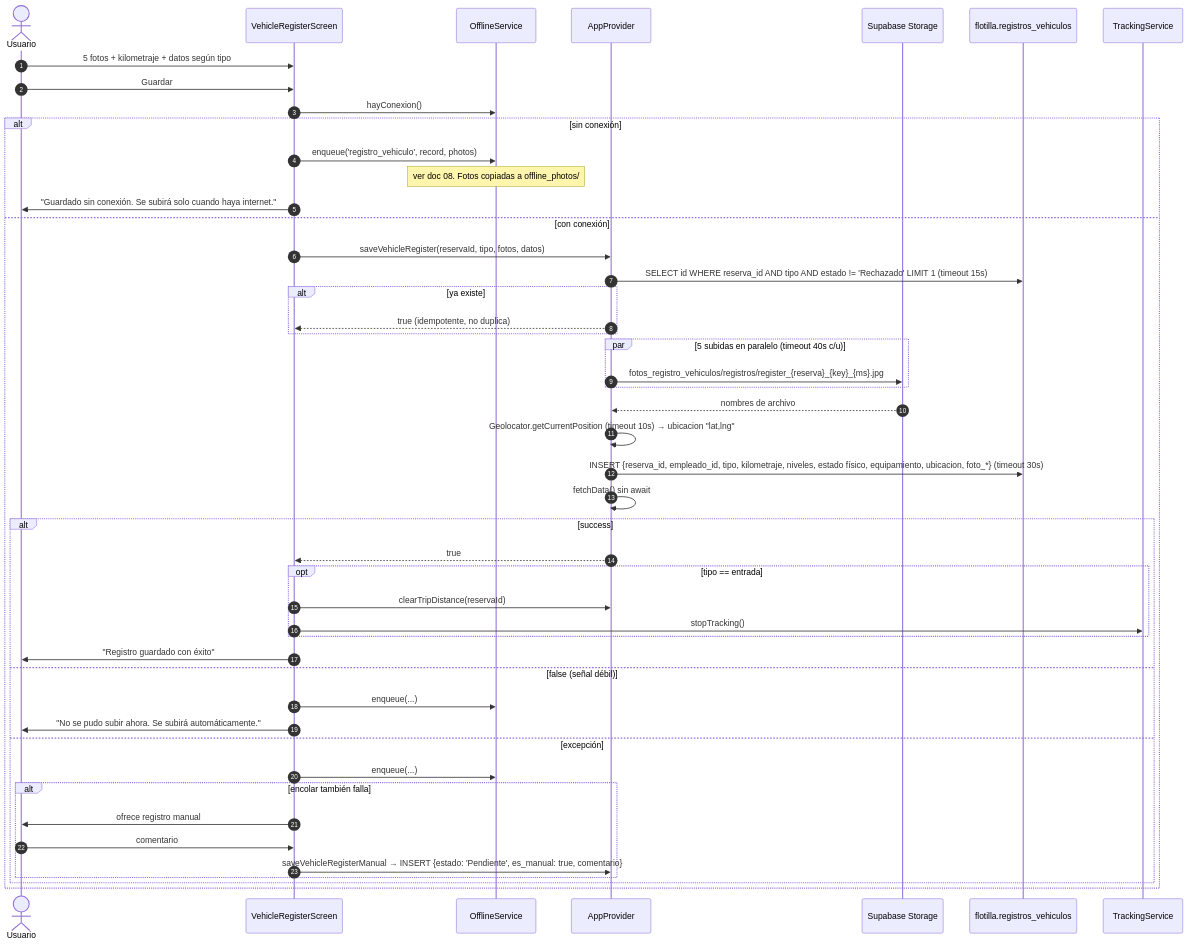
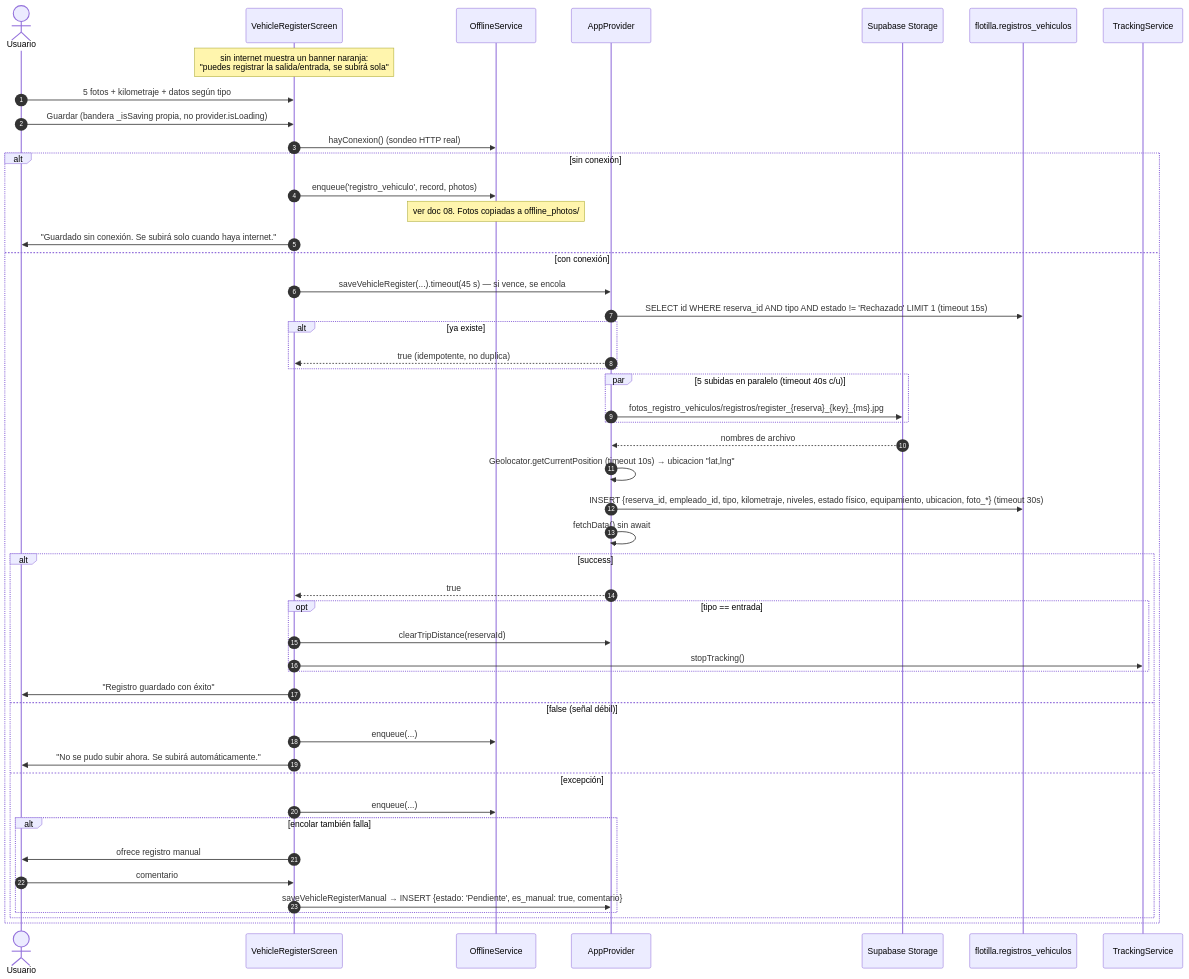
The sixth of 8 diagrams in docs/03-flotilla.md (emmanueljarquin-sys/mecsa_ops_mobile), drawn with Mermaid before and after one commit. The commit also changed other lines of this file and 23 other files, not shown here.

````diff
--- a/docs/03-flotilla.md
+++ b/docs/03-flotilla.md
@@ -154,51 +156,52 @@
 ```mermaid
 sequenceDiagram
     autonumber
     actor U as Usuario
     participant UI as VehicleRegisterScreen
     participant Offline as OfflineService
     participant Provider as AppProvider
     participant Storage as Supabase Storage
     participant DB as flotilla.registros_vehiculos
     participant Track as TrackingService
 
+    Note over UI: sin internet muestra un banner naranja:<br/>"puedes registrar la salida/entrada, se subirá sola"
     U->>UI: 5 fotos + kilometraje + datos según tipo
-    U->>UI: Guardar
-    UI->>Offline: hayConexion()
+    U->>UI: Guardar (bandera _isSaving propia, no provider.isLoading)
+    UI->>Offline: hayConexion() (sondeo HTTP real)
     alt sin conexión
         UI->>Offline: enqueue('registro_vehiculo', record, photos)
         Note over Offline: ver doc 08. Fotos copiadas a offline_photos/
         UI->>U: "Guardado sin conexión. Se subirá solo cuando haya internet."
     else con conexión
-        UI->>Provider: saveVehicleRegister(reservaId, tipo, fotos, datos)
+        UI->>Provider: saveVehicleRegister(...).timeout(45 s) — si vence, se encola
         Provider->>DB: SELECT id WHERE reserva_id AND tipo AND estado != 'Rechazado' LIMIT 1 (timeout 15s)
         alt ya existe
             Provider-->>UI: true (idempotente, no duplica)
         end
         par 5 subidas en paralelo (timeout 40s c/u)
             Provider->>Storage: fotos_registro_vehiculos/registros/register_{reserva}_{key}_{ms}.jpg
         end
         Storage-->>Provider: nombres de archivo
         Provider->>Provider: Geolocator.getCurrentPosition (timeout 10s) → ubicacion "lat,lng"
         Provider->>DB: INSERT {reserva_id, empleado_id, tipo, kilometraje, niveles, estado físico, equipamiento, ubicacion, foto_*} (timeout 30s)
         Provider->>Provider: fetchData() sin await
         alt success
             Provider-->>UI: true
             opt tipo == entrada
                 UI->>Provider: clearTripDistance(reservaId)
                 UI->>Track: stopTracking()
             end
             UI->>U: "Registro guardado con éxito"
         else false (señal débil)
             UI->>Offline: enqueue(...)
             UI->>U: "No se pudo subir ahora. Se subirá automáticamente."
         else excepción
             UI->>Offline: enqueue(...)
             alt encolar también falla
                 UI->>U: ofrece registro manual
                 U->>UI: comentario
                 UI->>Provider: saveVehicleRegisterManual → INSERT {estado: 'Pendiente', es_manual: true, comentario}
             end
         end
     end
 ```
````
